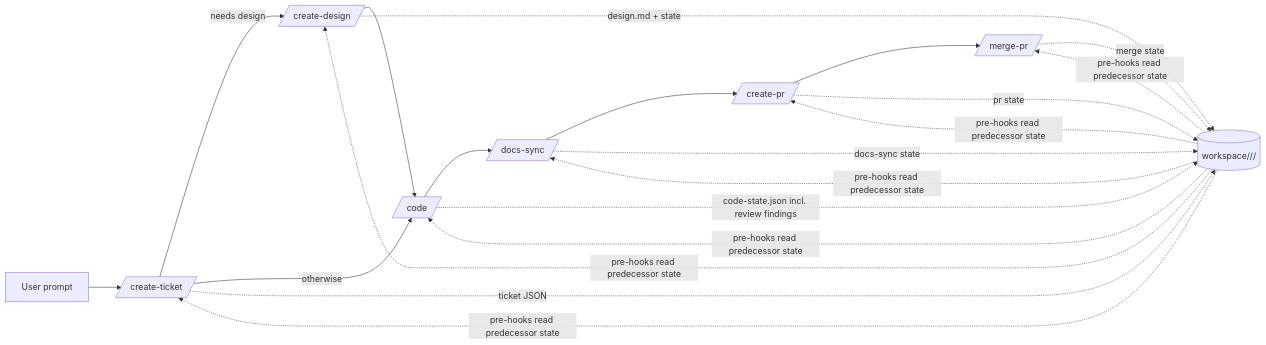
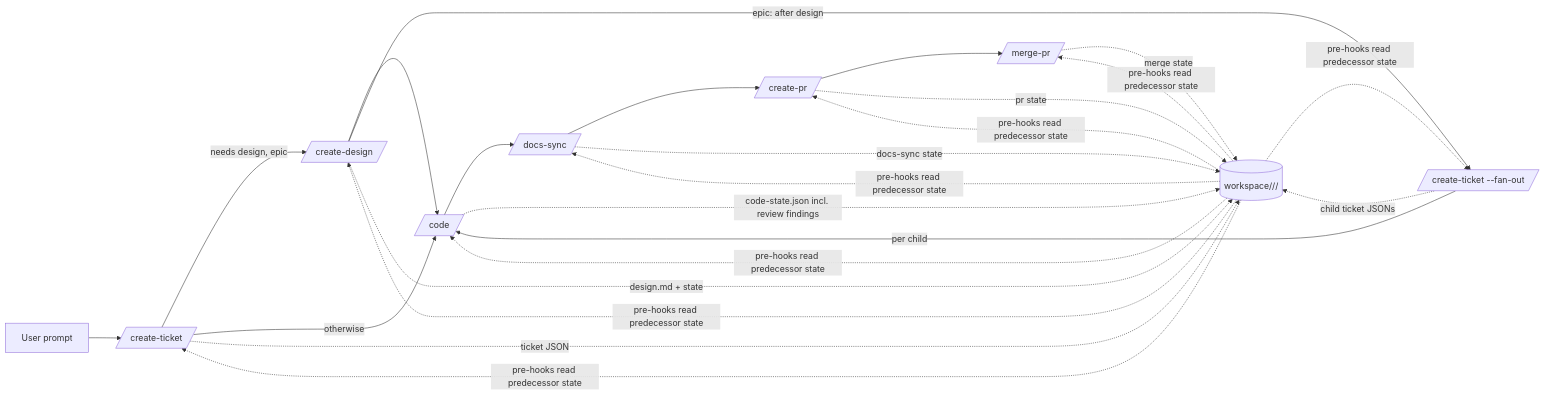
Before and after one commit to globalmindsolution/gms-marketplace: the diagram in docs/requirements/functional/workflow.md, drawn with Mermaid. The commit also changed other lines of this file and 4 other files, not shown here.

````diff
--- a/docs/requirements/functional/workflow.md
+++ b/docs/requirements/functional/workflow.md
@@ -23,18 +25,21 @@
 ```mermaid
 flowchart LR
     U[User prompt] --> T[/create-ticket/]
-    T -->|needs design| D[/create-design/]
+    T -->|needs design, epic| D[/create-design/]
     D --> C[/code/]
     T -->|otherwise| C
+    D -->|epic: after design| FO[/create-ticket --fan-out/]
+    FO -->|per child| C
     C --> DS[/docs-sync/]
     DS --> P[/create-pr/]
     P --> M[/merge-pr/]
 
     T -. "ticket JSON" .-> W[(workspace/<repo>/<ticket-id>/)]
     D -. "design.md + state" .-> W
+    FO -. "child ticket JSONs" .-> W
     C -. "code-state.json incl. review findings" .-> W
     DS -. "docs-sync state" .-> W
     P -. "pr state" .-> W
     M -. "merge state" .-> W
-    W -. "pre-hooks read predecessor state" .-> T & D & C & DS & P & M
+    W -. "pre-hooks read predecessor state" .-> T & D & FO & C & DS & P & M
 ```
````
